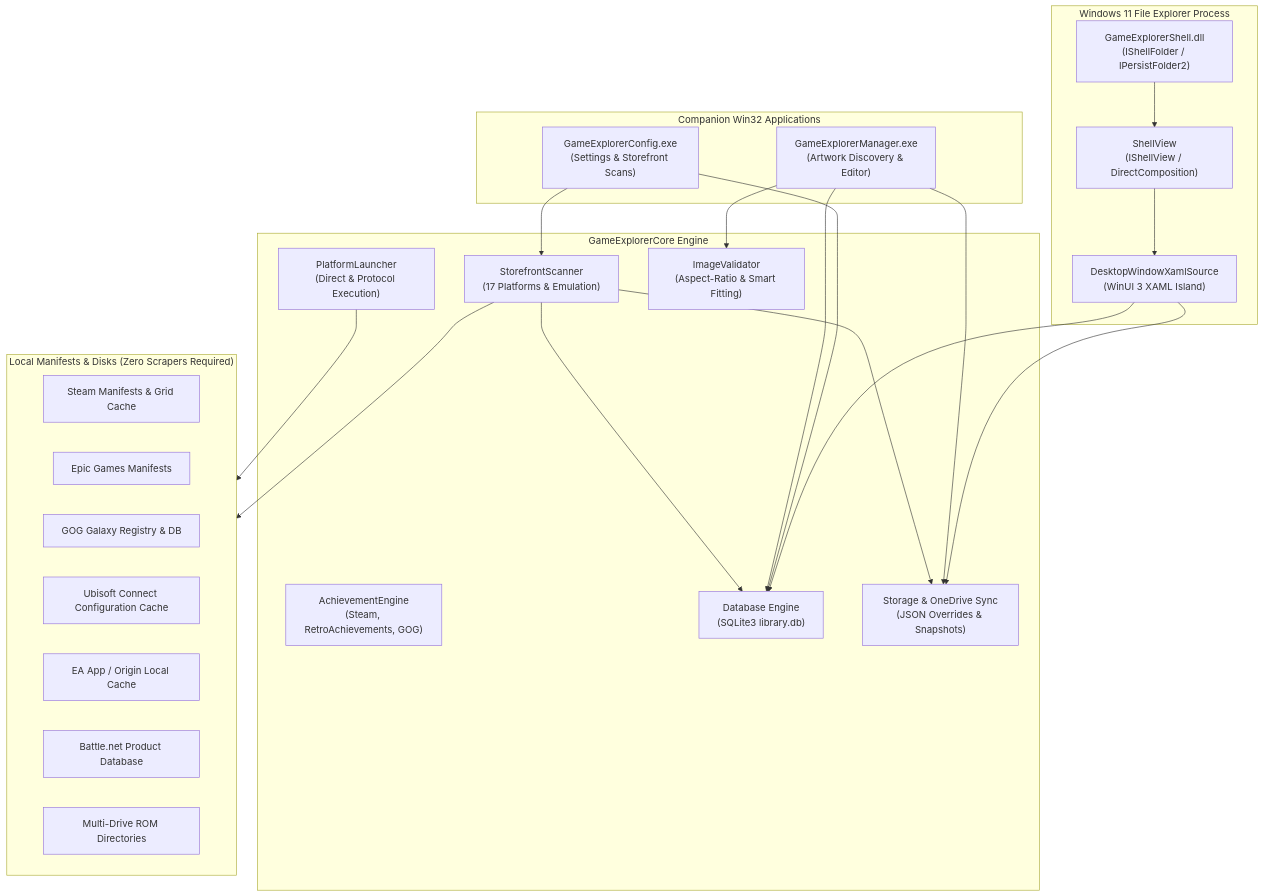
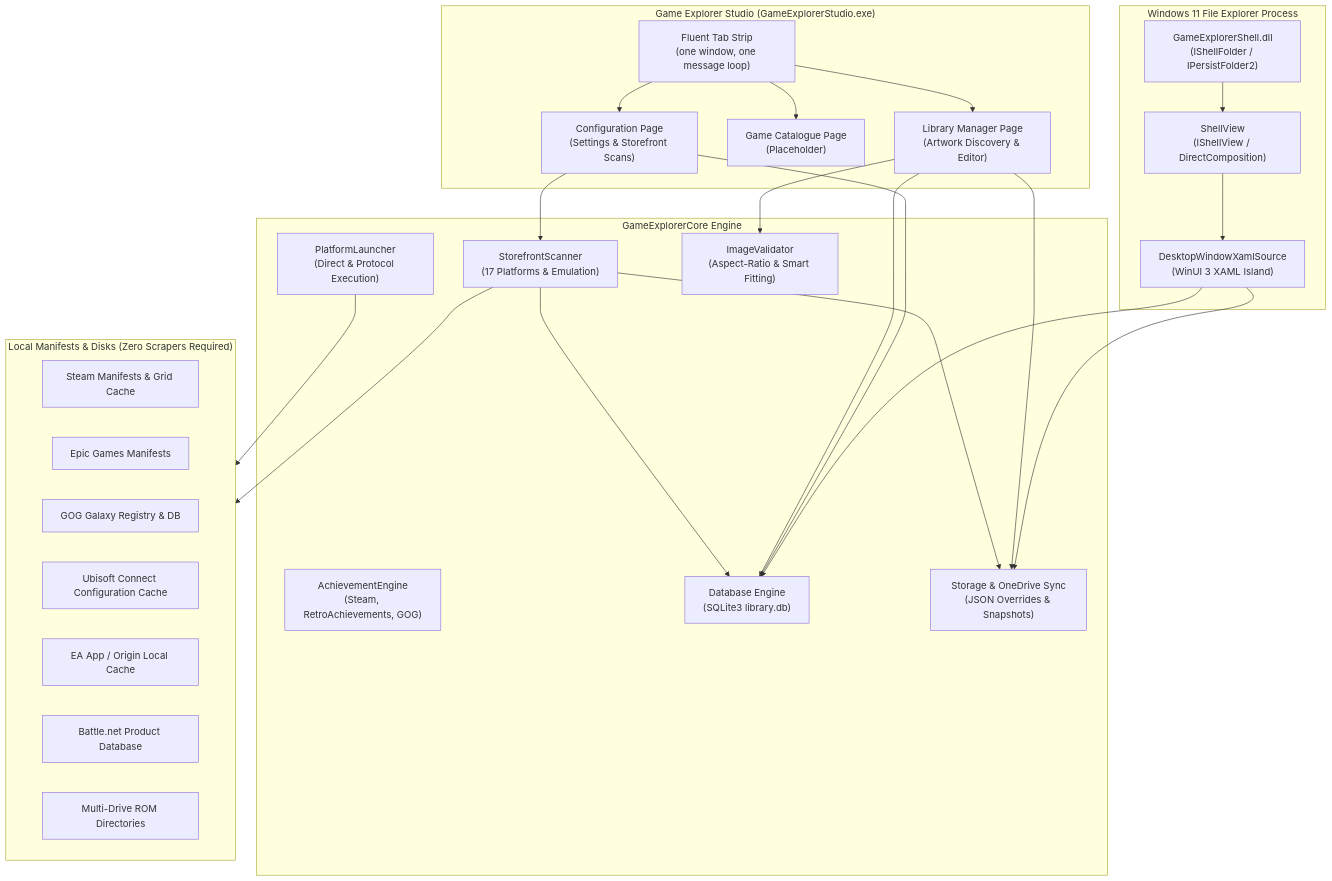
Before and after one commit to HELIX-Origin/windows-game-explorer: the diagram in docs/overview.md, drawn with Mermaid. The commit also changed other lines of this file and 84 other files, not shown here.

Commit message:
feat(release): v2.4.0 - Game Explorer Studio, in-memory owned games catalogue, background service & PowerShell registration

````diff
--- a/docs/overview.md
+++ b/docs/overview.md
@@ -21,47 +21,52 @@
 ```mermaid
 flowchart TD
     subgraph ExplorerHost["Windows 11 File Explorer Process"]
         ShellFolder["GameExplorerShell.dll<br/>(IShellFolder / IPersistFolder2)"]
         ShellView["ShellView<br/>(IShellView / DirectComposition)"]
         XamlIsland["DesktopWindowXamlSource<br/>(WinUI 3 XAML Island)"]
         ShellFolder --> ShellView
         ShellView --> XamlIsland
     end
 
-    subgraph CompanionApps["Companion Win32 Applications"]
-        ConfigApp["GameExplorerConfig.exe<br/>(Settings & Storefront Scans)"]
-        ManagerApp["GameExplorerManager.exe<br/>(Artwork Discovery & Editor)"]
+    subgraph CompanionApps["Game Explorer Studio (GameExplorerStudio.exe)"]
+        TabStrip["Fluent Tab Strip<br/>(one window, one message loop)"]
+        ManagerApp["Library Manager Page<br/>(Artwork Discovery & Editor)"]
+        CatalogueApp["Game Catalogue Page<br/>(Placeholder)"]
+        ConfigApp["Configuration Page<br/>(Settings & Storefront Scans)"]
+        TabStrip --> ManagerApp
+        TabStrip --> CatalogueApp
+        TabStrip --> ConfigApp
     end
 
     subgraph CoreEngine["GameExplorerCore Engine"]
         Scanner["StorefrontScanner<br/>(17 Platforms & Emulation)"]
         AchieveEngine["AchievementEngine<br/>(Steam, RetroAchievements, GOG)"]
         Launcher["PlatformLauncher<br/>(Direct & Protocol Execution)"]
         Validator["ImageValidator<br/>(Aspect-Ratio & Smart Fitting)"]
         DB["Database Engine<br/>(SQLite3 library.db)"]
         StorageEngine["Storage & OneDrive Sync<br/>(JSON Overrides & Snapshots)"]
     end
 
     subgraph LocalStores["Local Manifests & Disks (Zero Scrapers Required)"]
         SteamStore["Steam Manifests & Grid Cache"]
         EpicStore["Epic Games Manifests"]
         GOGStore["GOG Galaxy Registry & DB"]
         UbiStore["Ubisoft Connect Configuration Cache"]
         EAStore["EA App / Origin Local Cache"]
         BNetStore["Battle.net Product Database"]
         ROMStore["Multi-Drive ROM Directories"]
     end
 
     XamlIsland --> DB
     XamlIsland --> StorageEngine
     ConfigApp --> Scanner
     ConfigApp --> DB
     ManagerApp --> DB
     ManagerApp --> Validator
     ManagerApp --> StorageEngine
 
     Scanner --> LocalStores
     Scanner --> DB
     Scanner --> StorageEngine
     Launcher --> LocalStores
 ```
````
